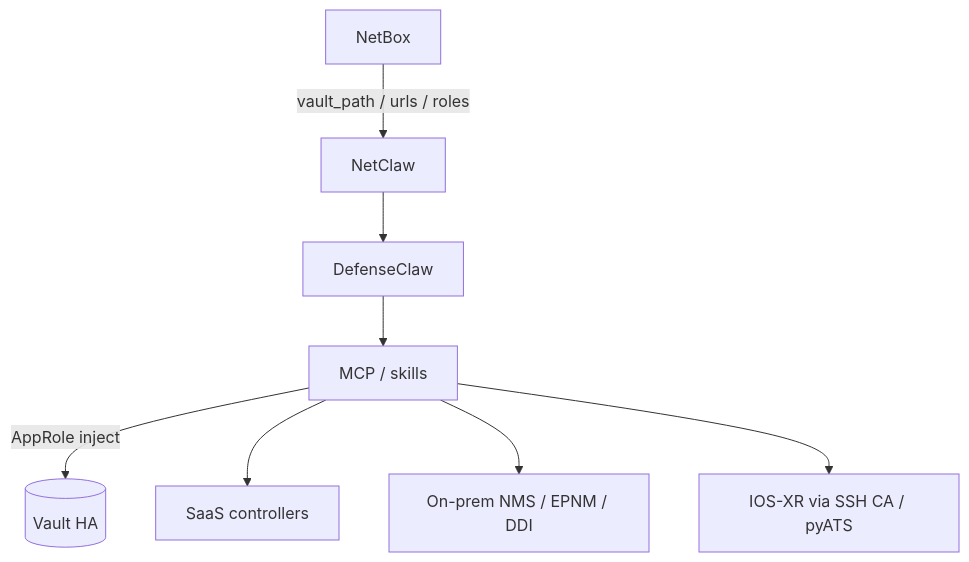
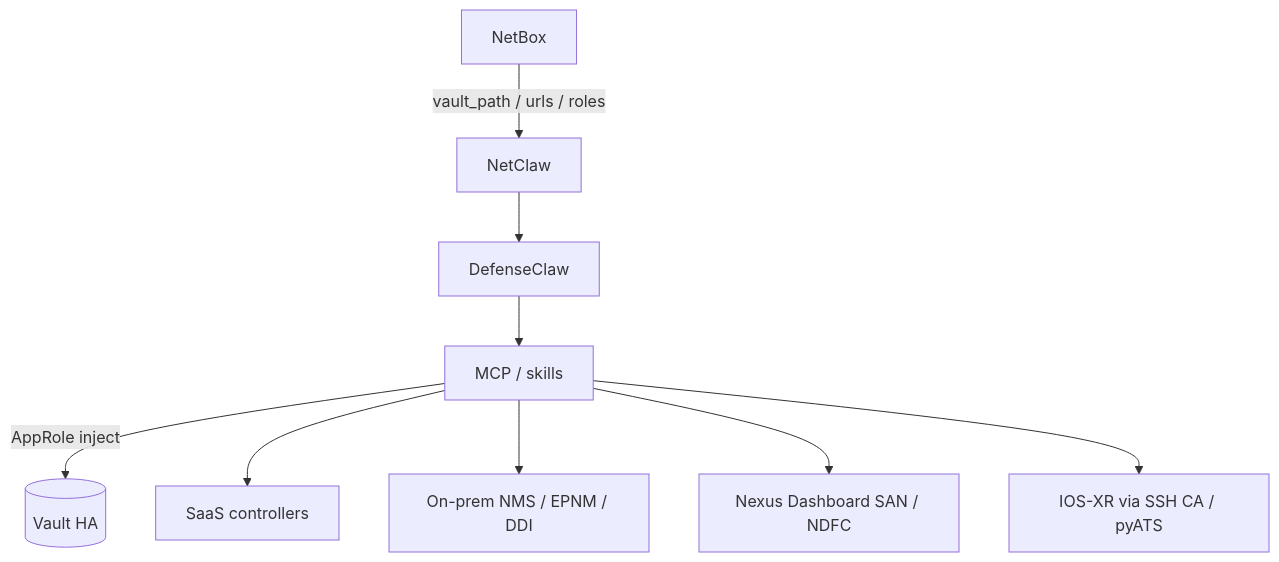
One commit to j-munroe/NetClaw-Production-Install-Guide changed the first of 2 diagrams in docs/PRODUCTION_ENVIRONMENTS.md. Above: the diagram before and after it, drawn with Mermaid. The commit also changed other lines of this file and 6 other files, not shown here.

First line of the commit message:
Add Cisco Nexus Dashboard SAN to production environments

````diff
--- a/docs/PRODUCTION_ENVIRONMENTS.md
+++ b/docs/PRODUCTION_ENVIRONMENTS.md
@@ -18,14 +18,15 @@
 ```mermaid
 flowchart TB
   NC[NetClaw]
   DC[DefenseClaw]
   V[(Vault HA)]
   NB[NetBox]
   NC --> DC
   DC --> MCP[MCP / skills]
   MCP -->|AppRole inject| V
   NB -->|vault_path / urls / roles| NC
   MCP --> SaaS[SaaS controllers]
   MCP --> OnPrem[On-prem NMS / EPNM / DDI]
+  MCP --> SAN[Nexus Dashboard SAN / NDFC]
   MCP --> XR[IOS-XR via SSH CA / pyATS]
 ```
````
